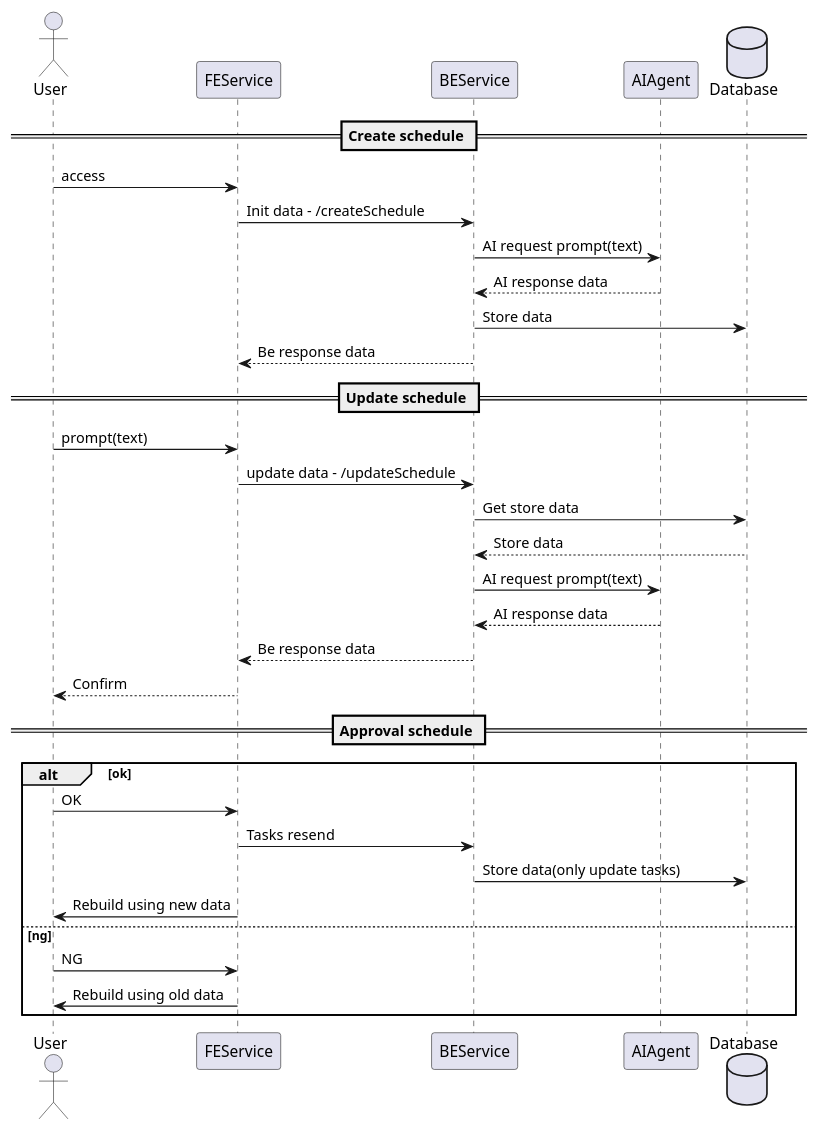
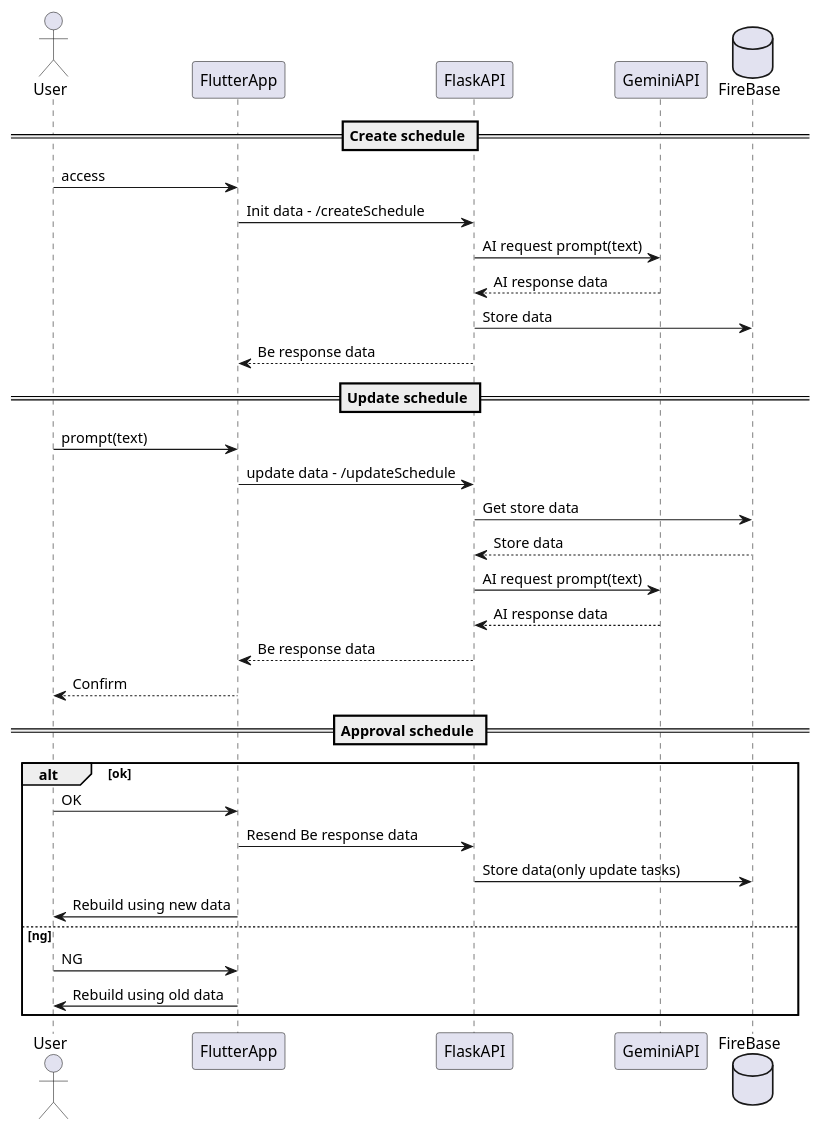
The diagram in schema/DreamGenie_sequence.pu (terutika0604/DreamGenie), drawn with PlantUML before and after one commit. The commit also changed 5 other files, not shown here.

```diff
--- a/schema/DreamGenie_sequence.pu
+++ b/schema/DreamGenie_sequence.pu
@@ -1,37 +1,37 @@
 @startuml sequence_diagram
 actor User
-participant FEService
-participant BEService
-participant AIAgent
-database Database
+participant FlutterApp
+participant FlaskAPI
+participant GeminiAPI
+database FireBase
 
 == Create schedule ==
-User -> FEService: access
-FEService -> BEService: Init data - /createSchedule
-BEService -> AIAgent: AI request prompt(text)
-AIAgent --> BEService: AI response data
-BEService -> Database: Store data
-BEService --> FEService: Be response data
+User -> FlutterApp: access
+FlutterApp -> FlaskAPI: Init data - /createSchedule
+FlaskAPI -> GeminiAPI: AI request prompt(text)
+GeminiAPI --> FlaskAPI: AI response data
+FlaskAPI -> FireBase: Store data
+FlaskAPI --> FlutterApp: Be response data
 
 == Update schedule ==
-User -> FEService: prompt(text)
-FEService -> BEService: update data - /updateSchedule
-BEService -> Database: Get store data
-Database --> BEService: Store data
-BEService -> AIAgent: AI request prompt(text)
-AIAgent --> BEService: AI response data
-BEService --> FEService: Be response data
-FEService --> User: Confirm
+User -> FlutterApp: prompt(text)
+FlutterApp -> FlaskAPI: update data - /updateSchedule
+FlaskAPI -> FireBase: Get store data
+FireBase --> FlaskAPI: Store data
+FlaskAPI -> GeminiAPI: AI request prompt(text)
+GeminiAPI --> FlaskAPI: AI response data
+FlaskAPI --> FlutterApp: Be response data
+FlutterApp --> User: Confirm
 
 == Approval schedule ==
 alt ok
-  User -> FEService: OK
-  FEService -> BEService: Tasks resend
-  BEService -> Database: Store data(only update tasks)
-  FEService -> User: Rebuild using new data
+  User -> FlutterApp: OK
+  FlutterApp -> FlaskAPI: Resend Be response data
+  FlaskAPI -> FireBase: Store data(only update tasks)
+  FlutterApp -> User: Rebuild using new data
 else ng
-  User -> FEService: NG
-  FEService -> User: Rebuild using old data
+  User -> FlutterApp: NG
+  FlutterApp -> User: Rebuild using old data
 end
 
 @enduml
```
